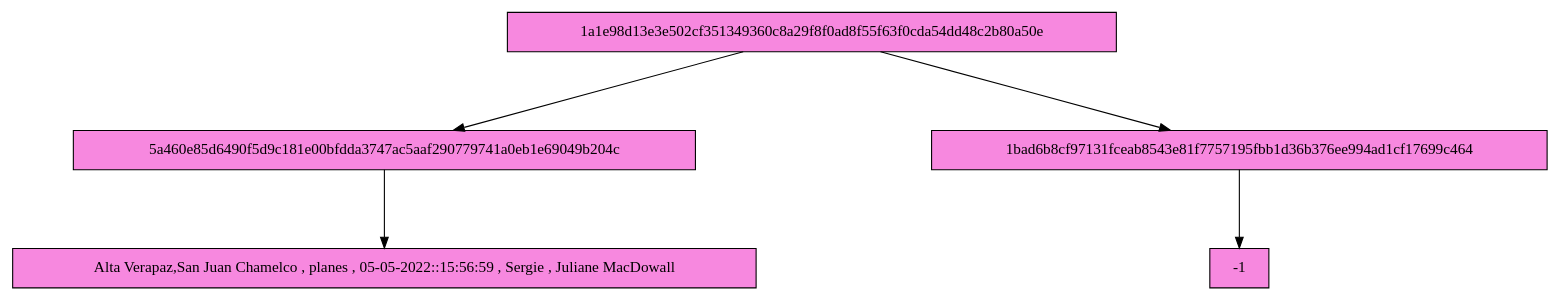
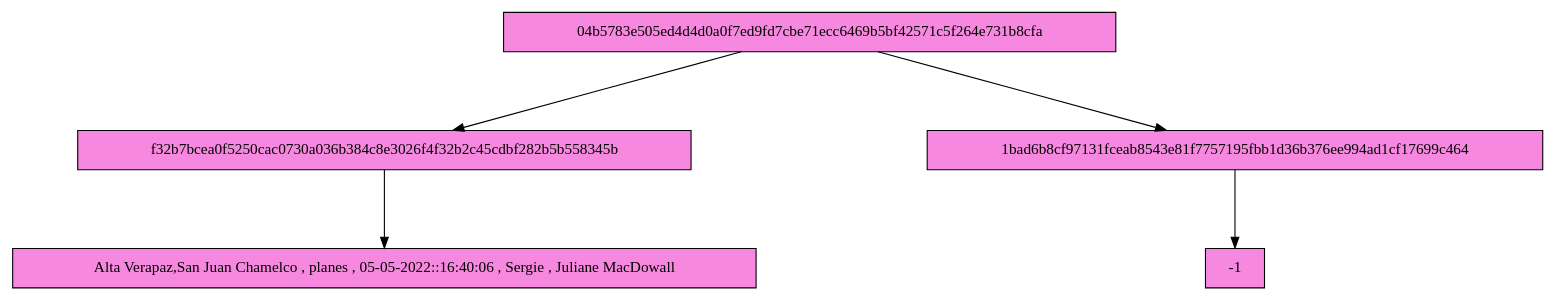
One commit to Serch-ING/EDD_UDRAWING_202000119 changed the diagram in FASE 3/Grafico/Merkle_0.dot. Above: the diagram before and after it, drawn with Graphviz. The commit also changed 7 other files, not shown here.

```diff
--- a/FASE 3/Grafico/Merkle_0.dot
+++ b/FASE 3/Grafico/Merkle_0.dot
@@ -1,16 +1,16 @@
 digraph G {
 nodesep=3; 
 ranksep=1;
 node[shape=box style = filled fillcolor="#F788DF"];
-	NodoABB1478343740[ label="1a1e98d13e3e502cf351349360c8a29f8f0ad8f55f63f0cda54dd48c2b80a50e"  ];
-	NodoABB1651781739[ label="5a460e85d6490f5d9c181e00bfdda3747ac5aaf290779741a0eb1e69049b204c"];
-NodoABB1478343740->NodoABB1651781739
-	NodoABB1651781739[ label="5a460e85d6490f5d9c181e00bfdda3747ac5aaf290779741a0eb1e69049b204c"  ];
-	NodoABB16517817395a460e85d6490f5d9c181e00bfdda3747ac5aaf290779741a0eb1e69049b204c[ label="Alta Verapaz,San Juan Chamelco , planes , 05-05-2022::15:56:59 , Sergie , Juliane MacDowall"  ];
-NodoABB1651781739->NodoABB16517817395a460e85d6490f5d9c181e00bfdda3747ac5aaf290779741a0eb1e69049b204c
-	NodoABB1711094236[ label="1bad6b8cf97131fceab8543e81f7757195fbb1d36b376ee994ad1cf17699c464" ];
-NodoABB1478343740->NodoABB1711094236
-	NodoABB1711094236[ label="1bad6b8cf97131fceab8543e81f7757195fbb1d36b376ee994ad1cf17699c464"  ];
-	NodoABB17110942361bad6b8cf97131fceab8543e81f7757195fbb1d36b376ee994ad1cf17699c464[ label="-1"  ];
-NodoABB1711094236->NodoABB17110942361bad6b8cf97131fceab8543e81f7757195fbb1d36b376ee994ad1cf17699c464
+	NodoABB545472921[ label="04b5783e505ed4d4d0a0f7ed9fd7cbe71ecc6469b5bf42571c5f264e731b8cfa"  ];
+	NodoABB588647425[ label="f32b7bcea0f5250cac0730a036b384c8e3026f4f32b2c45cdbf282b5b558345b"];
+NodoABB545472921->NodoABB588647425
+	NodoABB588647425[ label="f32b7bcea0f5250cac0730a036b384c8e3026f4f32b2c45cdbf282b5b558345b"  ];
+	NodoABB588647425f32b7bcea0f5250cac0730a036b384c8e3026f4f32b2c45cdbf282b5b558345b[ label="Alta Verapaz,San Juan Chamelco , planes , 05-05-2022::16:40:06 , Sergie , Juliane MacDowall"  ];
+NodoABB588647425->NodoABB588647425f32b7bcea0f5250cac0730a036b384c8e3026f4f32b2c45cdbf282b5b558345b
+	NodoABB1132839692[ label="1bad6b8cf97131fceab8543e81f7757195fbb1d36b376ee994ad1cf17699c464" ];
+NodoABB545472921->NodoABB1132839692
+	NodoABB1132839692[ label="1bad6b8cf97131fceab8543e81f7757195fbb1d36b376ee994ad1cf17699c464"  ];
+	NodoABB11328396921bad6b8cf97131fceab8543e81f7757195fbb1d36b376ee994ad1cf17699c464[ label="-1"  ];
+NodoABB1132839692->NodoABB11328396921bad6b8cf97131fceab8543e81f7757195fbb1d36b376ee994ad1cf17699c464
 }
```
